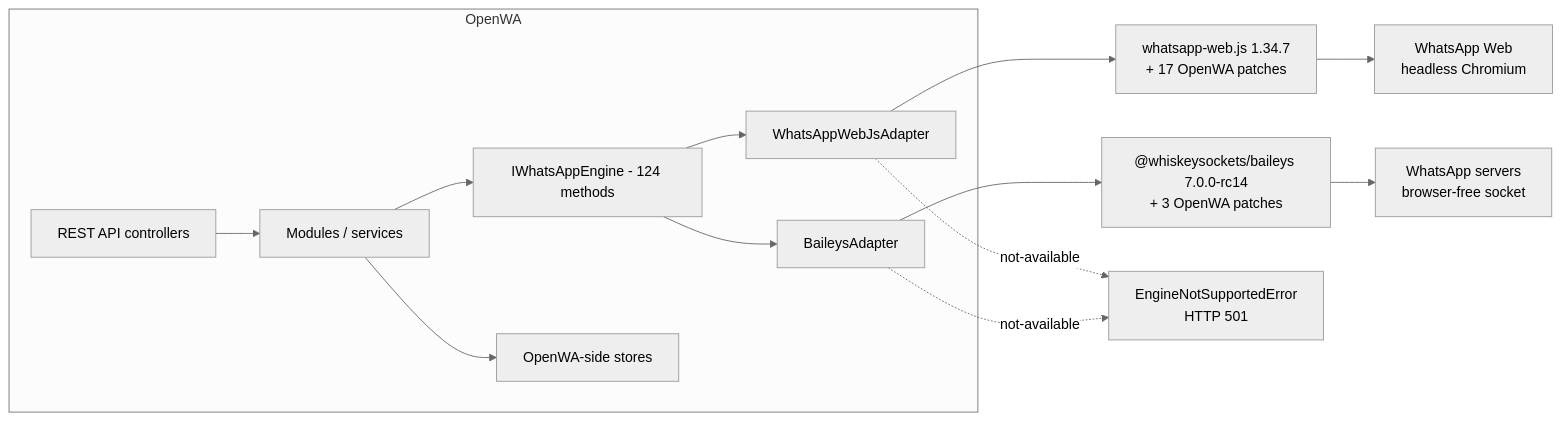
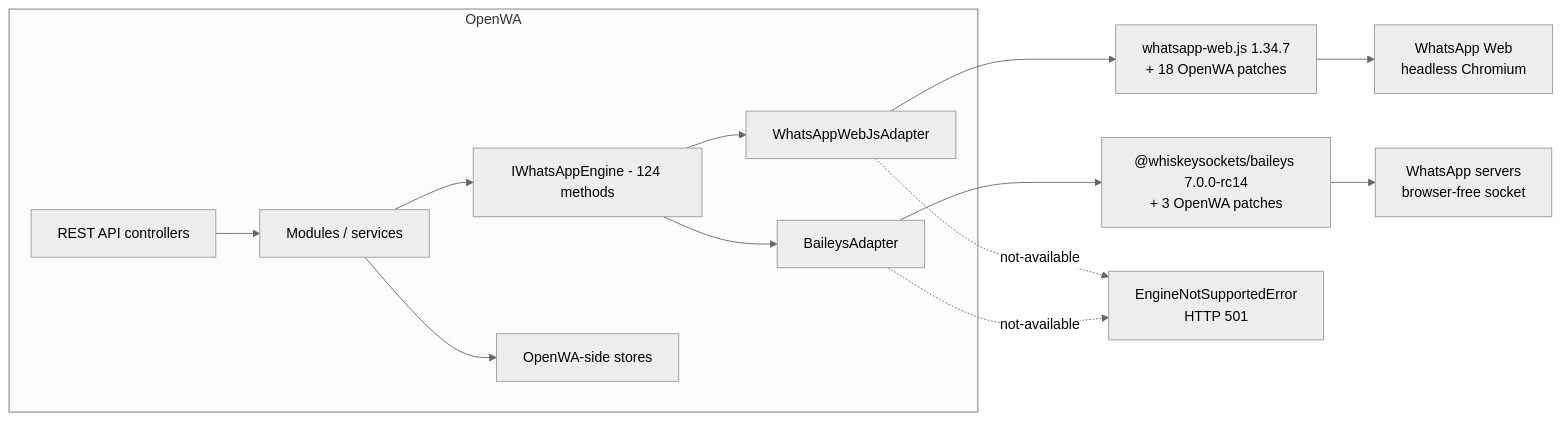
Before and after one commit to purnamcommunity/OpenWA: the first of 2 diagrams in docs/29-engine-capability-matrix.md, drawn with Mermaid (neutral theme). The commit also changed other lines of this file and 9 other files, not shown here.

````diff
--- a/docs/29-engine-capability-matrix.md
+++ b/docs/29-engine-capability-matrix.md
@@ -44,16 +44,16 @@
 ```mermaid
 flowchart LR
     subgraph OpenWA["OpenWA"]
         API["REST API controllers"] --> SVC["Modules / services"]
         SVC --> IF["IWhatsAppEngine - 124 methods"]
         IF --> WA["WhatsAppWebJsAdapter"]
         IF --> BA["BaileysAdapter"]
         SVC --> STORE["OpenWA-side stores"]
     end
-    WA --> WLIB["whatsapp-web.js 1.34.7<br/>+ 17 OpenWA patches"]
+    WA --> WLIB["whatsapp-web.js 1.34.7<br/>+ 18 OpenWA patches"]
     BA --> BLIB["@whiskeysockets/baileys 7.0.0-rc14<br/>+ 3 OpenWA patches"]
     WLIB --> WEB["WhatsApp Web<br/>headless Chromium"]
     BLIB --> WAS["WhatsApp servers<br/>browser-free socket"]
     WA -.->|"not-available"| E["EngineNotSupportedError<br/>HTTP 501"]
     BA -.->|"not-available"| E
 ```
````
